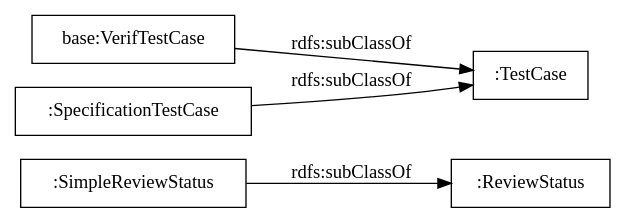
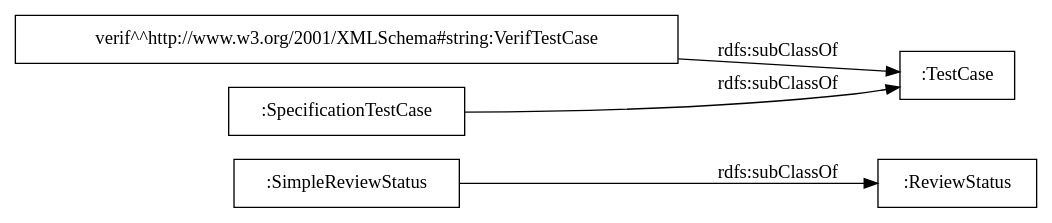
Before and after one commit to albaizq/test-verification-ontology: the diagram in OnToology/ontology/verification-test-description.ttl/diagrams/ar2dtool-taxonomy/verification-test-description.ttl.png.dot, drawn with Graphviz. The commit also changed 11 other files, not shown here.

```diff
--- a/OnToology/ontology/verification-test-description.ttl/diagrams/ar2dtool-taxonomy/verification-test-description.ttl.png.dot
+++ b/OnToology/ontology/verification-test-description.ttl/diagrams/ar2dtool-taxonomy/verification-test-description.ttl.png.dot
@@ -1,9 +1,9 @@
 digraph ar2dtool_diagram { 
 rankdir=LR;
 size="1000"
-node [shape = rectangle, color="black"]; ":ReviewStatus" ":SimpleReviewStatus" "base:VerifTestCase" ":SpecificationTestCase" ":TestCase" ; /*classes style*/
-	"base:VerifTestCase" -> ":TestCase" [ label = "rdfs:subClassOf" ];
+node [shape = rectangle, color="black"]; ":ReviewStatus" ":SimpleReviewStatus" "verif^^http://www.w3.org/2001/XMLSchema#string:VerifTestCase" ":SpecificationTestCase" ":TestCase" ; /*classes style*/
+	"verif^^http://www.w3.org/2001/XMLSchema#string:VerifTestCase" -> ":TestCase" [ label = "rdfs:subClassOf" ];
 	":SpecificationTestCase" -> ":TestCase" [ label = "rdfs:subClassOf" ];
 	":SimpleReviewStatus" -> ":ReviewStatus" [ label = "rdfs:subClassOf" ];
 
 }
```
